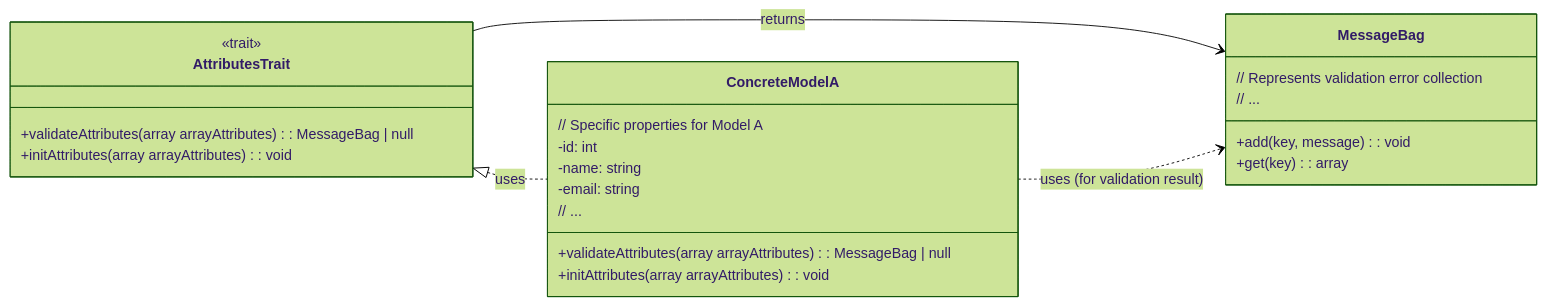
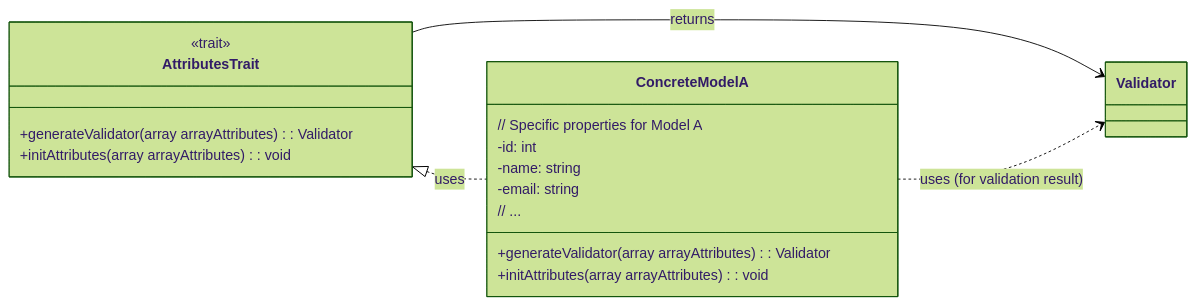
One commit to israeldavidvm/apirest-template changed the diagram in documentation/diagrams/StructuralPerspective/LogicViewAttributesTrait.md. Above: the diagram before and after it, drawn with Mermaid (forest theme). The commit also changed 6 other files, not shown here.

First line of the commit message:
Feature/migration from validation attributes to validation generator (#1)

````diff
--- a/documentation/diagrams/StructuralPerspective/LogicViewAttributesTrait.md
+++ b/documentation/diagrams/StructuralPerspective/LogicViewAttributesTrait.md
@@ -2,33 +2,30 @@
 ``` mermaid
 classDiagram
     direction LR
 
     class AttributesTrait {
         <<trait>>
-        +validateAttributes(array arrayAttributes): MessageBag | null
+        +generateValidator(array arrayAttributes): Validator
         +initAttributes(array arrayAttributes): void
     }
 
     class ConcreteModelA {
         // Specific properties for Model A
         -id: int
         -name: string
         -email: string
         // ...
-        +validateAttributes(array arrayAttributes): MessageBag | null
+        +generateValidator(array arrayAttributes): Validator
         +initAttributes(array arrayAttributes): void
     }
 
-    class MessageBag {
-        // Represents validation error collection
-        +add(key, message): void
-        +get(key): array
-        // ...
+    class Validator {
+
     }
 
     AttributesTrait <|..  ConcreteModelA : uses
 
-    AttributesTrait --> MessageBag : returns
-    ConcreteModelA ..> MessageBag : uses (for validation result)
+    AttributesTrait --> Validator : returns
+    ConcreteModelA ..> Validator : uses (for validation result)
 
 ```
````
